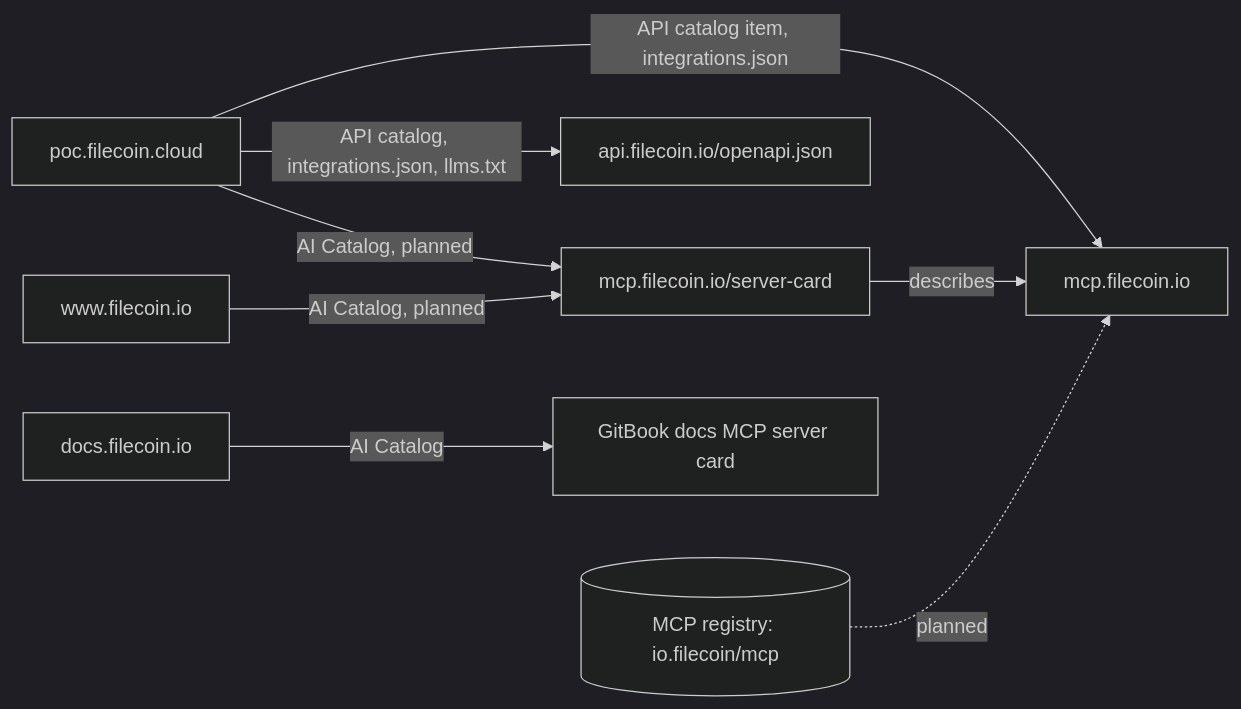
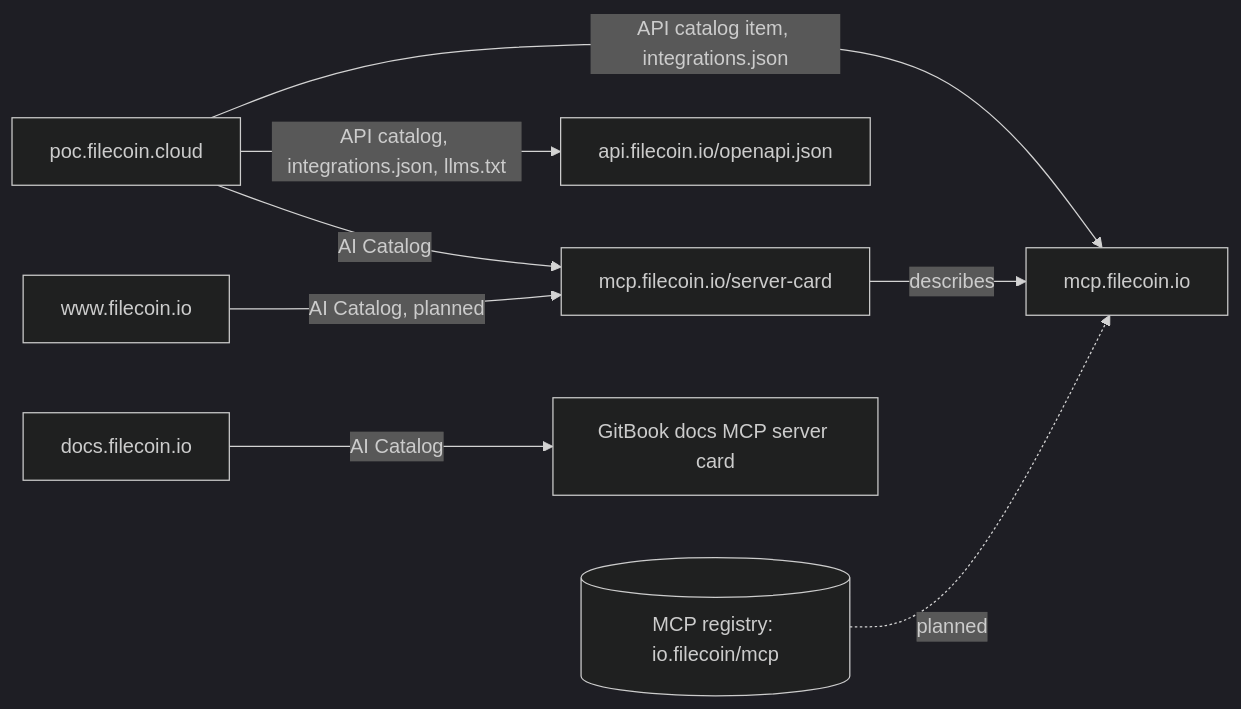
The diagram in docs/filecoin/agent-discovery.md (filecoin-project/agents), drawn with Mermaid (dark theme) before and after one commit. The commit also changed other lines of this file, not shown here.

First line of the commit message:
docs: record the site's AI Catalog and card redirects as done

````diff
--- a/docs/filecoin/agent-discovery.md
+++ b/docs/filecoin/agent-discovery.md
@@ -21,10 +21,10 @@
 ```mermaid
 flowchart LR
-  poc[poc.filecoin.cloud] -- AI Catalog, planned --> card[mcp.filecoin.io/server-card]
+  poc[poc.filecoin.cloud] -- AI Catalog --> card[mcp.filecoin.io/server-card]
   www[www.filecoin.io] -- AI Catalog, planned --> card
   poc -- API catalog, integrations.json, llms.txt --> openapi[api.filecoin.io/openapi.json]
   poc -- API catalog item, integrations.json --> mcp[mcp.filecoin.io]
   card -- describes --> mcp
   registry[(MCP registry: io.filecoin/mcp)] -. planned .-> mcp
   docs[docs.filecoin.io] -- AI Catalog --> gitbook[GitBook docs MCP server card]
 ```
````
